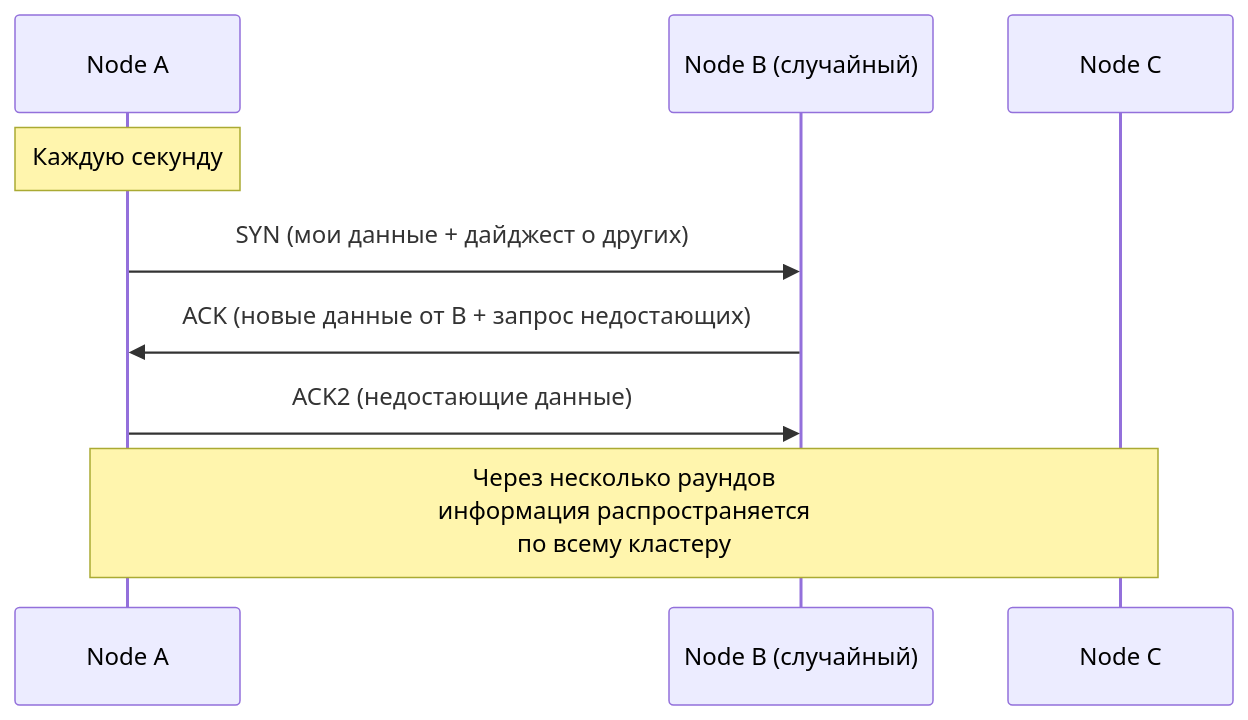
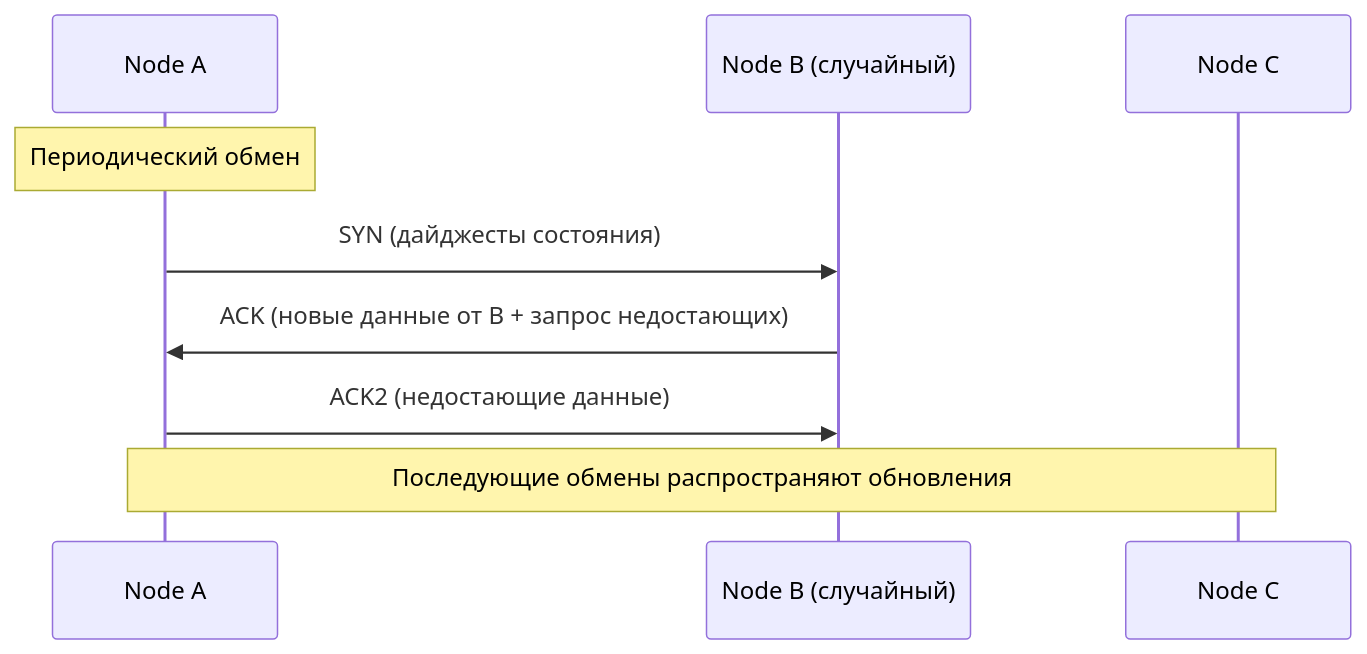
The second of 11 diagrams in cheatsheets/interview/databases/cassandra-interview.md (akeverus/cheat-sheet), drawn with Mermaid before and after one commit. The commit also changed other lines of this file, not shown here.

````diff
--- a/cheatsheets/interview/databases/cassandra-interview.md
+++ b/cheatsheets/interview/databases/cassandra-interview.md
@@ -204,12 +157,12 @@
 ```mermaid
 sequenceDiagram
     participant A as Node A
     participant B as Node B (случайный)
     participant C as Node C
 
-    Note over A: Каждую секунду
-    A->>B: SYN (мои данные + дайджест о других)
+    Note over A: Периодический обмен
+    A->>B: SYN (дайджесты состояния)
     B->>A: ACK (новые данные от B + запрос недостающих)
     A->>B: ACK2 (недостающие данные)
-    Note over A,C: Через несколько раундов<br/>информация распространяется<br/>по всему кластеру
+    Note over A,C: Последующие обмены распространяют обновления
 ```
````
